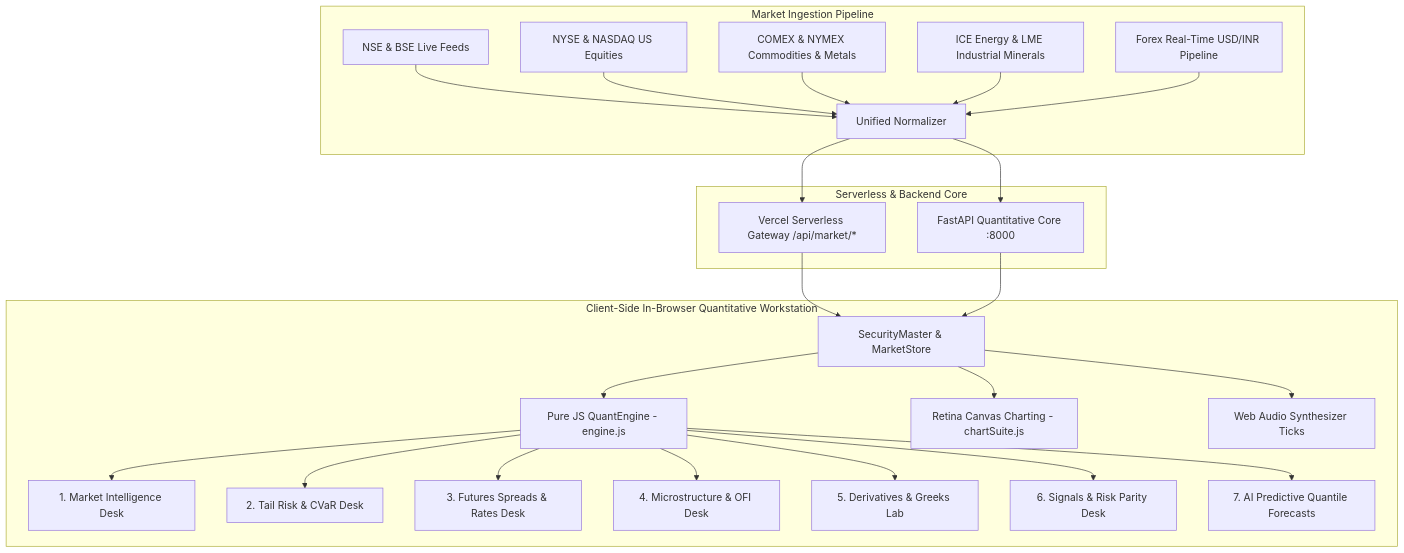
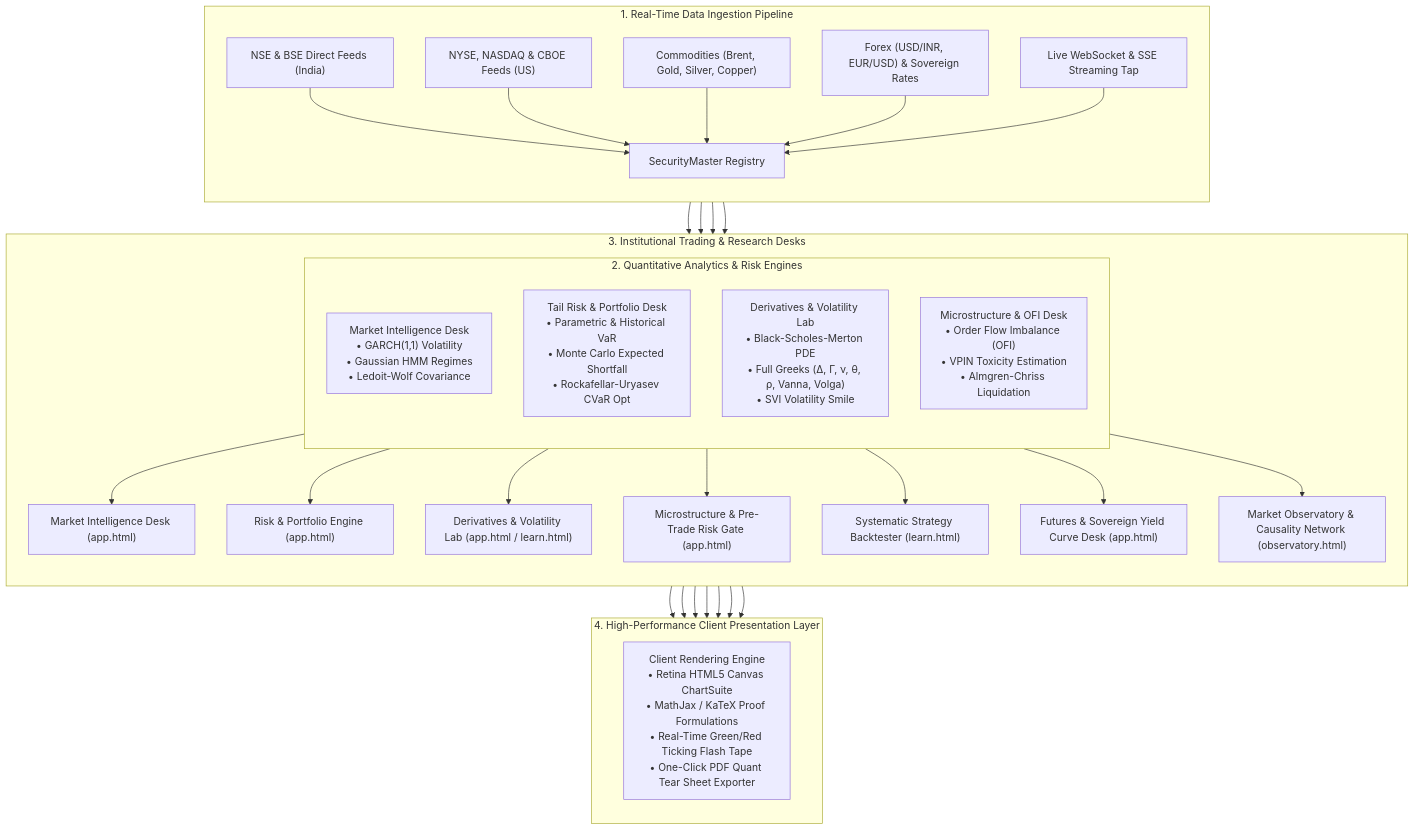
Before and after one commit to Premchandyadav369/RISKOS: the diagram in README.md, drawn with Mermaid. The commit also changed other lines of this file and 5 other files, not shown here.

Commit message:
docs: grand institutional README overhaul with 5 explanatory infographics, complete LaTeX math formulas, pipeline architecture, and desk breakdowns

````diff
--- a/README.md
+++ b/README.md
@@ -28,30 +44,35 @@
 ```mermaid
-graph TD
-    subgraph Market Ingestion Pipeline
-        A1[NSE & BSE Live Feeds] --> G1[Unified Normalizer]
-        A2[NYSE & NASDAQ US Equities] --> G1
-        A3[COMEX & NYMEX Commodities & Metals] --> G1
-        A4[ICE Energy & LME Industrial Minerals] --> G1
-        A5[Forex Real-Time USD/INR Pipeline] --> G1
+flowchart TB
+    subgraph INGESTION["1. Real-Time Data Ingestion Pipeline"]
+        direction TB
+        EX1["NSE & BSE Direct Feeds (India)"] --> SM["SecurityMaster Registry"]
+        EX2["NYSE, NASDAQ & CBOE Feeds (US)"] --> SM
+        EX3["Commodities (Brent, Gold, Silver, Copper)"] --> SM
+        EX4["Forex (USD/INR, EUR/USD) & Sovereign Rates"] --> SM
+        WS["Live WebSocket & SSE Streaming Tap"] --> SM
     end
 
-    subgraph Serverless & Backend Core
-        G1 --> B1[Vercel Serverless Gateway /api/market/*]
-        G1 --> B2[FastAPI Quantitative Core :8000]
+    subgraph ENGINE["2. Quantitative Analytics & Risk Engines"]
+        direction TB
+        SM --> MKT["Market Intelligence Desk\n• GARCH(1,1) Volatility\n• Gaussian HMM Regimes\n• Ledoit-Wolf Covariance"]
+        SM --> RISK["Tail Risk & Portfolio Desk\n• Parametric & Historical VaR\n• Monte Carlo Expected Shortfall\n• Rockafellar-Uryasev CVaR Opt"]
+        SM --> DERIV["Derivatives & Volatility Lab\n• Black-Scholes-Merton PDE\n• Full Greeks (Δ, Γ, ν, θ, ρ, Vanna, Volga)\n• SVI Volatility Smile"]
+        SM --> MICRO["Microstructure & OFI Desk\n• Order Flow Imbalance (OFI)\n• VPIN Toxicity Estimation\n• Almgren-Chriss Liquidation"]
     end
 
-    subgraph Client-Side In-Browser Quantitative Workstation
-        B1 --> C1[SecurityMaster & MarketStore]
-        B2 --> C1
-        C1 --> D1[Pure JS QuantEngine - engine.js]
-        C1 --> D2[Retina Canvas Charting - chartSuite.js]
-        C1 --> D3[Web Audio Synthesizer Ticks]
-        D1 --> E1[1. Market Intelligence Desk]
-        D1 --> E2[2. Tail Risk & CVaR Desk]
-        D1 --> E3[3. Futures Spreads & Rates Desk]
-        D1 --> E4[4. Microstructure & OFI Desk]
-        D1 --> E5[5. Derivatives & Greeks Lab]
-        D1 --> E6[6. Signals & Risk Parity Desk]
-        D1 --> E7[7. AI Predictive Quantile Forecasts]
+    subgraph DESKS["3. Institutional Trading & Research Desks"]
+        direction TB
+        MKT --> D1["Market Intelligence Desk (app.html)"]
+        RISK --> D2["Risk & Portfolio Engine (app.html)"]
+        DERIV --> D3["Derivatives & Volatility Lab (app.html / learn.html)"]
+        MICRO --> D4["Microstructure & Pre-Trade Risk Gate (app.html)"]
+        ENGINE --> D5["Systematic Strategy Backtester (learn.html)"]
+        ENGINE --> D6["Futures & Sovereign Yield Curve Desk (app.html)"]
+        ENGINE --> D7["Market Observatory & Causality Network (observatory.html)"]
+    end
+
+    subgraph UI["4. High-Performance Client Presentation Layer"]
+        direction TB
+        D1 & D2 & D3 & D4 & D5 & D6 & D7 --> RENDER["Client Rendering Engine\n• Retina HTML5 Canvas ChartSuite\n• MathJax / KaTeX Proof Formulations\n• Real-Time Green/Red Ticking Flash Tape\n• One-Click PDF Quant Tear Sheet Exporter"]
     end
 ```
````
